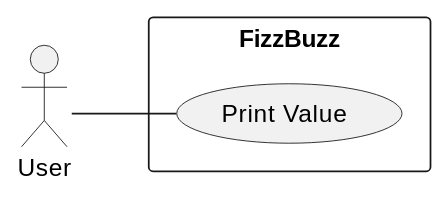
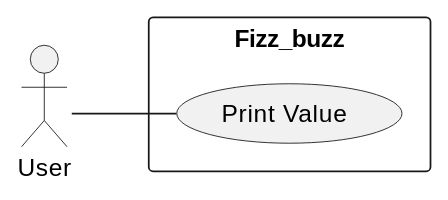
Before and after one commit to k2works/aws_sam_nodejs_handson: the first of 2 diagrams in docs/src/fizz_buzz/index.adoc, drawn with PlantUML. The commit also changed other lines of this file and 4 other files, not shown here.

```diff
--- a/docs/src/fizz_buzz/index.adoc
+++ b/docs/src/fizz_buzz/index.adoc
@@ -21,9 +21,9 @@
 [plantuml]
 ----
 left to right direction
 skinparam packageStyle rectangle
 actor User
-rectangle FizzBuzz {
+rectangle Fizz_buzz {
   User -- (Print Value)
 }
 ----
```
